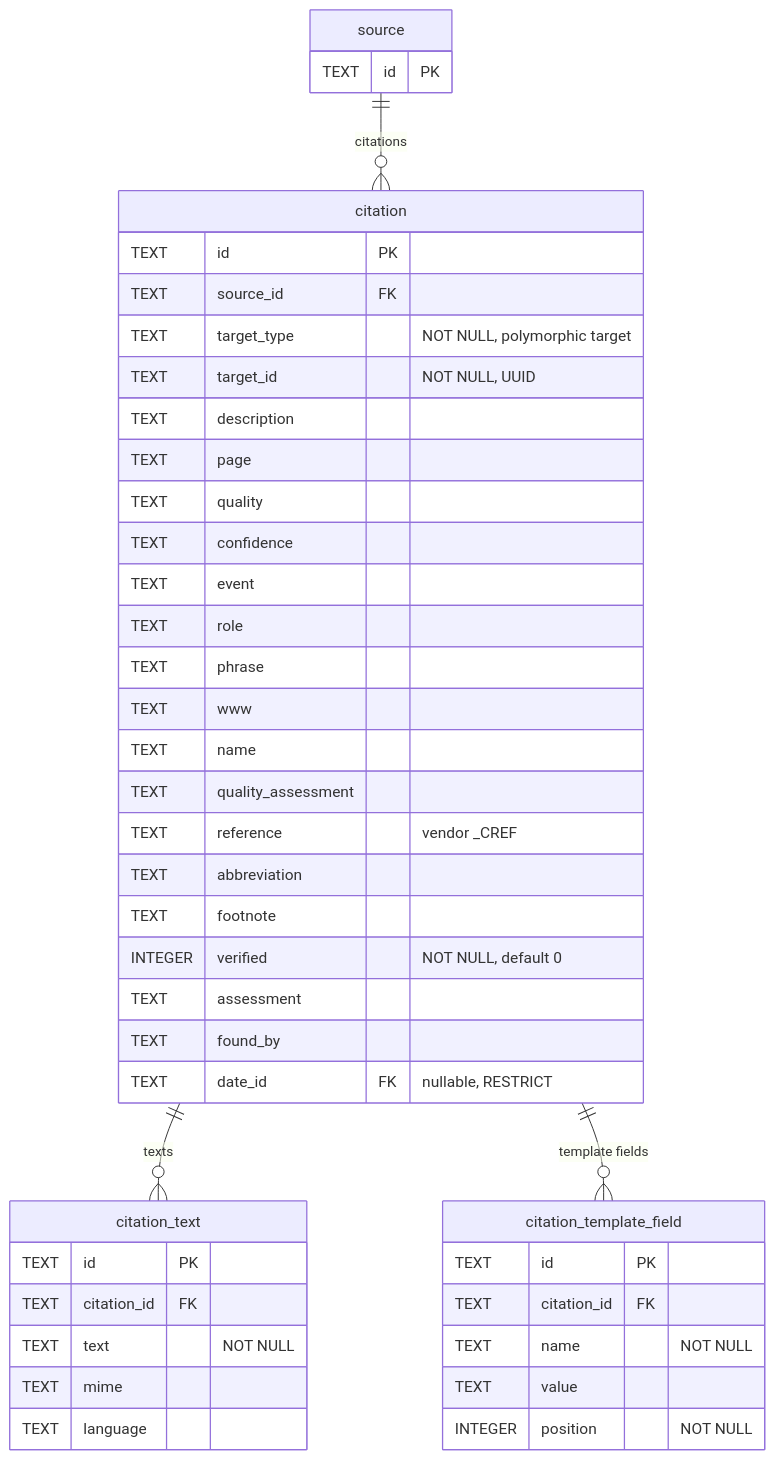
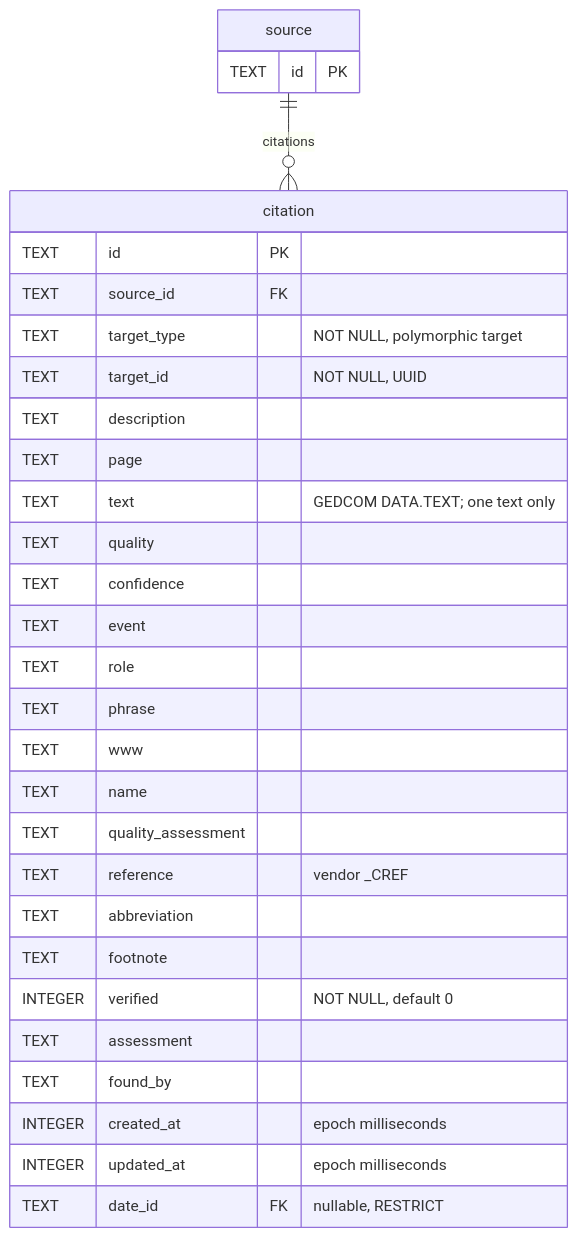
Before and after one commit to borisovodov/doru: the eighth of 12 diagrams in docs/db-schema.md, drawn with Mermaid. The commit also changed other lines of this file and 68 other files, not shown here.

````diff
--- a/docs/db-schema.md
+++ b/docs/db-schema.md
@@ -667,50 +657,35 @@
 ```mermaid
 erDiagram
     source ||--o{ citation : "citations"
-    citation ||--o{ citation_text : "texts"
-    citation ||--o{ citation_template_field : "template fields"
 
     citation {
         TEXT id PK
         TEXT source_id FK
         TEXT target_type "NOT NULL, polymorphic target"
         TEXT target_id "NOT NULL, UUID"
         TEXT description
         TEXT page
+        TEXT text "GEDCOM DATA.TEXT; one text only"
         TEXT quality
         TEXT confidence
         TEXT event
         TEXT role
         TEXT phrase
         TEXT www
         TEXT name
         TEXT quality_assessment
         TEXT reference "vendor _CREF"
         TEXT abbreviation
         TEXT footnote
         INTEGER verified "NOT NULL, default 0"
         TEXT assessment
         TEXT found_by
+        INTEGER created_at "epoch milliseconds"
+        INTEGER updated_at "epoch milliseconds"
         TEXT date_id FK "nullable, RESTRICT"
-    }
-
-    citation_text {
-        TEXT id PK
-        TEXT citation_id FK
-        TEXT text "NOT NULL"
-        TEXT mime
-        TEXT language
-    }
-
-    citation_template_field {
-        TEXT id PK
-        TEXT citation_id FK
-        TEXT name "NOT NULL"
-        TEXT value
-        INTEGER position "NOT NULL"
     }
 
     source {
         TEXT id PK
     }
 ```
````
